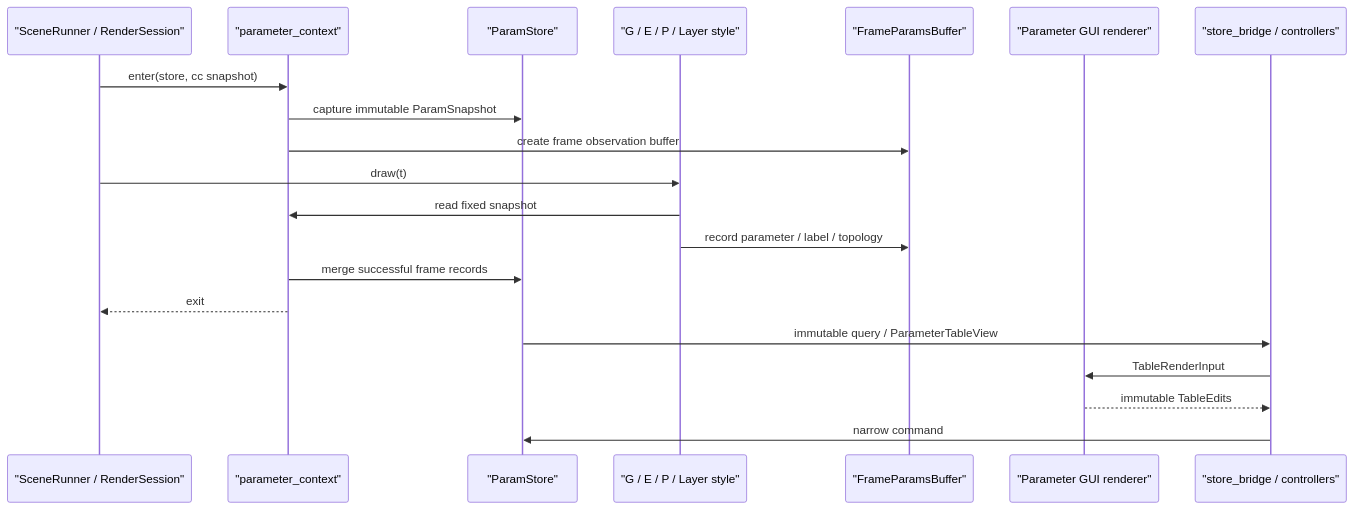
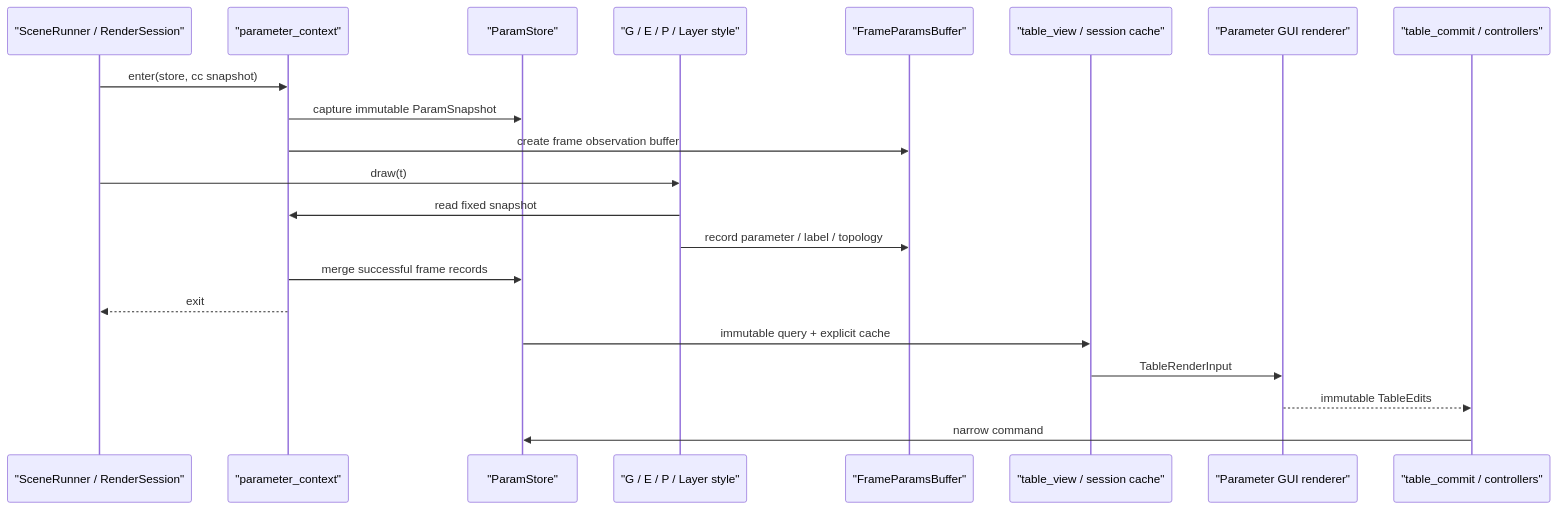
One commit to tyhts0829/graft changed the tenth of 24 diagrams in docs/architecture_visualization.md. Above: the diagram before and after it, drawn with Mermaid. The commit also changed other lines of this file and 135 other files, not shown here.

````diff
--- a/docs/architecture_visualization.md
+++ b/docs/architecture_visualization.md
@@ -252,24 +313,25 @@
 ```mermaid
 sequenceDiagram
     participant App as "SceneRunner / RenderSession"
     participant Ctx as "parameter_context"
     participant Store as "ParamStore"
     participant DSL as "G / E / P / Layer style"
     participant Buffer as "FrameParamsBuffer"
+    participant View as "table_view / session cache"
     participant GUI as "Parameter GUI renderer"
-    participant Bridge as "store_bridge / controllers"
+    participant Commit as "table_commit / controllers"
 
     App->>Ctx: enter(store, cc snapshot)
     Ctx->>Store: capture immutable ParamSnapshot
     Ctx->>Buffer: create frame observation buffer
     App->>DSL: draw(t)
     DSL->>Ctx: read fixed snapshot
     DSL->>Buffer: record parameter / label / topology
     Ctx->>Store: merge successful frame records
     Ctx-->>App: exit
 
-    Store->>Bridge: immutable query / ParameterTableView
-    Bridge->>GUI: TableRenderInput
-    GUI-->>Bridge: immutable TableEdits
-    Bridge->>Store: narrow command
+    Store->>View: immutable query + explicit cache
+    View->>GUI: TableRenderInput
+    GUI-->>Commit: immutable TableEdits
+    Commit->>Store: narrow command
 ```
````
